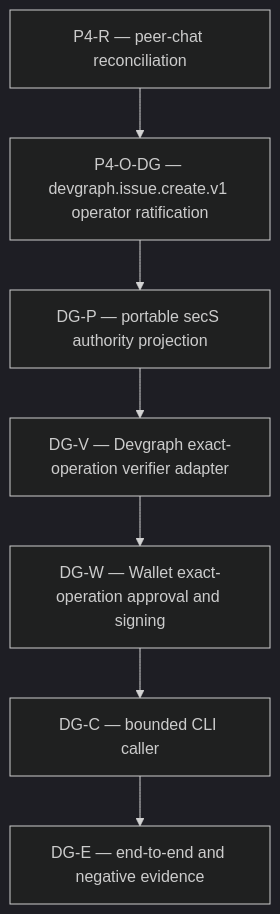
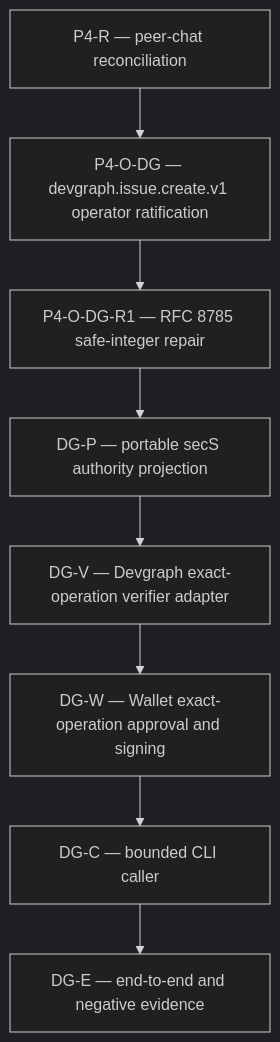
Before and after one commit to ZenithResearch/secS-magik: the diagram in docs/plans/2026-08-31-devgraph-issue-create-v1-dag.md, drawn with Mermaid (dark theme). The commit also changed other lines of this file and 10 other files, not shown here.

````diff
--- a/docs/plans/2026-08-31-devgraph-issue-create-v1-dag.md
+++ b/docs/plans/2026-08-31-devgraph-issue-create-v1-dag.md
@@ -17,17 +17,19 @@
 ```mermaid
 graph TD
   P4R[P4-R — peer-chat reconciliation]
   DGO[P4-O-DG — devgraph.issue.create.v1 operator ratification]
+  DGOR1[P4-O-DG-R1 — RFC 8785 safe-integer repair]
   DGP[DG-P — portable secS authority projection]
   DGV[DG-V — Devgraph exact-operation verifier adapter]
   DGW[DG-W — Wallet exact-operation approval and signing]
   DGC[DG-C — bounded CLI caller]
   DGE[DG-E — end-to-end and negative evidence]
 
   P4R --> DGO
-  DGO --> DGP
+  DGO --> DGOR1
+  DGOR1 --> DGP
   DGP --> DGV
   DGV --> DGW
   DGW --> DGC
   DGC --> DGE
 ```
````
